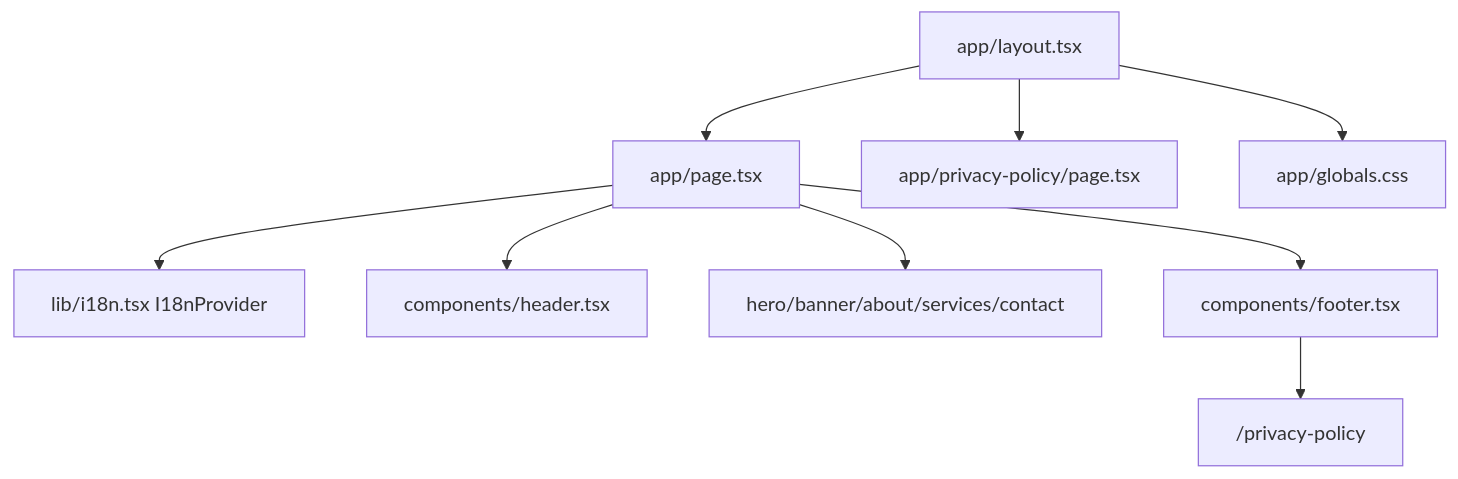
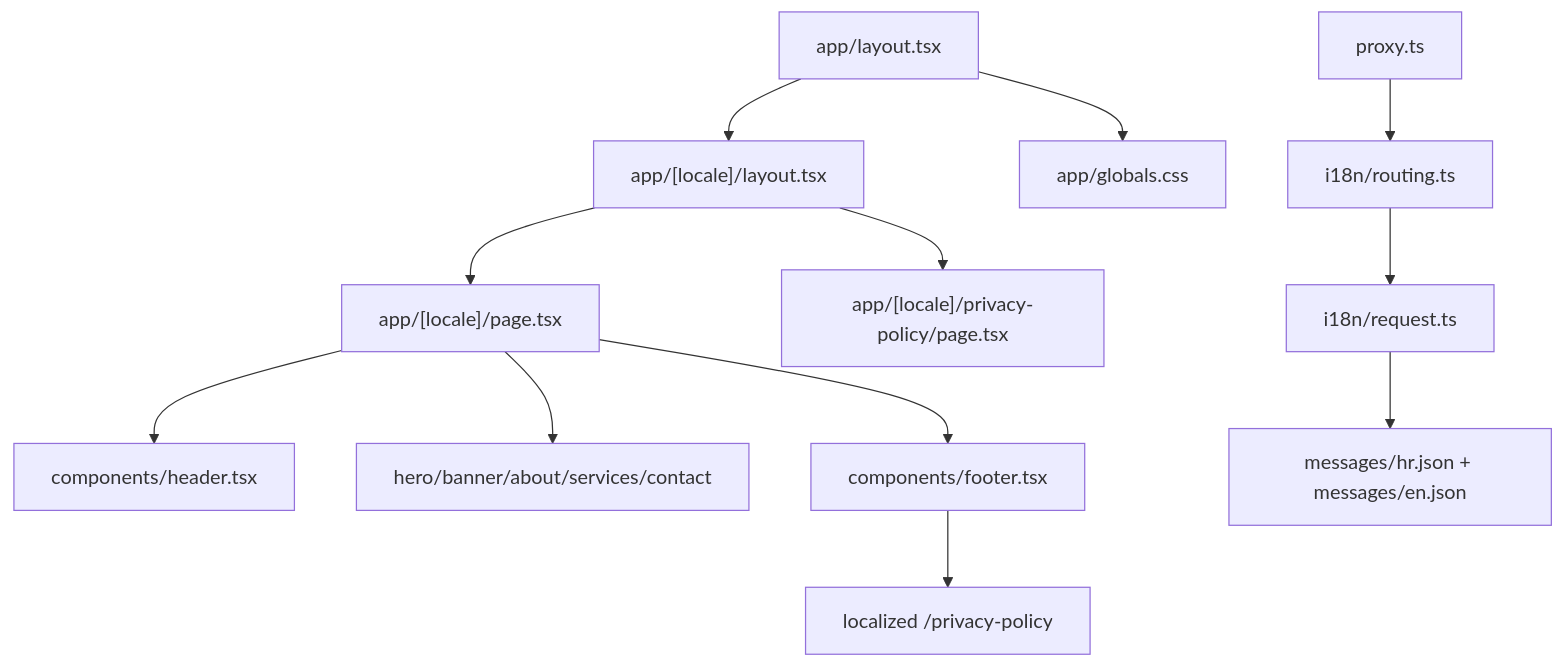
One commit to ipavic933-spec/website-pavic changed the diagram in lode/summary.md. Above: the diagram before and after it, drawn with Mermaid. The commit also changed other lines of this file and 26 other files, not shown here.

````diff
--- a/lode/summary.md
+++ b/lode/summary.md
@@ -11,11 +11,14 @@
 ```mermaid
 graph TD
-  Layout["app/layout.tsx"] --> Page["app/page.tsx"]
-  Layout --> PrivacyPage["app/privacy-policy/page.tsx"]
-  Page --> I18N["lib/i18n.tsx I18nProvider"]
-  Page --> Header["components/header.tsx"]
-  Page --> Sections["hero/banner/about/services/contact"]
-  Page --> Footer["components/footer.tsx"]
-  Footer --> PrivacyLink["/privacy-policy"]
+  Layout["app/layout.tsx"] --> LocaleLayout["app/[locale]/layout.tsx"]
+  LocaleLayout --> HomePage["app/[locale]/page.tsx"]
+  LocaleLayout --> PrivacyPage["app/[locale]/privacy-policy/page.tsx"]
+  HomePage --> Header["components/header.tsx"]
+  HomePage --> Sections["hero/banner/about/services/contact"]
+  HomePage --> Footer["components/footer.tsx"]
+  Footer --> PrivacyLink["localized /privacy-policy"]
+  Proxy["proxy.ts"] --> Routing["i18n/routing.ts"]
+  Routing --> Request["i18n/request.ts"]
+  Request --> Messages["messages/hr.json + messages/en.json"]
   Layout --> Globals["app/globals.css"]
 ```
````
